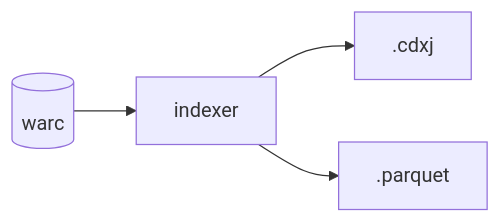
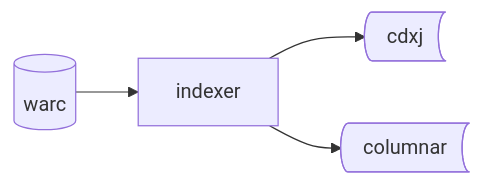
One commit to commoncrawl/whirlwind-python changed the third of 3 diagrams in README.md. Above: the diagram before and after it, drawn with Mermaid. The commit also changed other lines of this file, not shown here.

Commit message:
docs: cleanup after testing of diagrams

````diff
--- a/README.md
+++ b/README.md
@@ -181,5 +181,7 @@
 ```mermaid
 flowchart LR
-    warc[warc] --> indexer --> cdxj[.cdxj] & columnar[.parquet]
+    warc --> indexer --> cdxj & columnar
     warc@{shape: cyl}
+    cdxj@{ shape: stored-data}
+    columnar@{ shape: stored-data}
 ```
````
